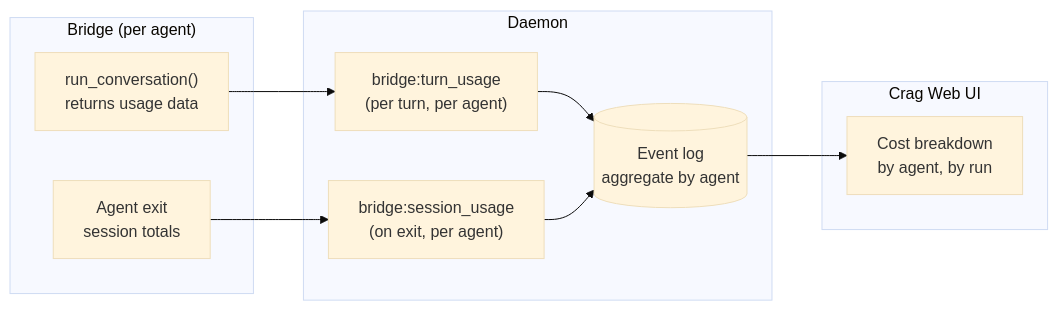
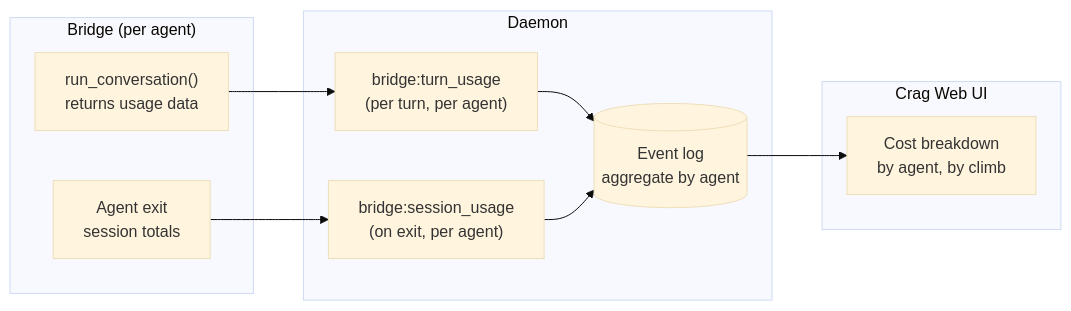
Before and after one commit to donovan-yohan/belayer: diagram 11 of 12 in docs/AGENT_ARCHITECTURE.md, drawn with Mermaid (base theme). The commit also changed other lines of this file and 54 other files, not shown here.

````diff
--- a/docs/AGENT_ARCHITECTURE.md
+++ b/docs/AGENT_ARCHITECTURE.md
@@ -710,21 +710,21 @@
 ```mermaid
 flowchart LR
     subgraph bridge["Bridge (per agent)"]
         turn["run_conversation()\nreturns usage data"]
         exit["Agent exit\nsession totals"]
     end
 
     subgraph daemon["Daemon"]
         turn_event["bridge:turn_usage\n(per turn, per agent)"]
         session_event["bridge:session_usage\n(on exit, per agent)"]
         store[("Event log\naggregate by agent")]
     end
 
     subgraph crag["Crag Web UI"]
-        breakdown["Cost breakdown\nby agent, by run"]
+        breakdown["Cost breakdown\nby agent, by climb"]
     end
 
     turn --> turn_event --> store
     exit --> session_event --> store
     store --> breakdown
 ```
````
